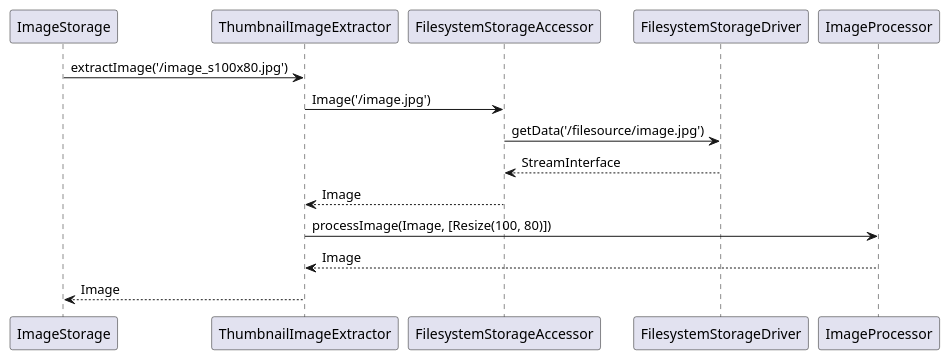
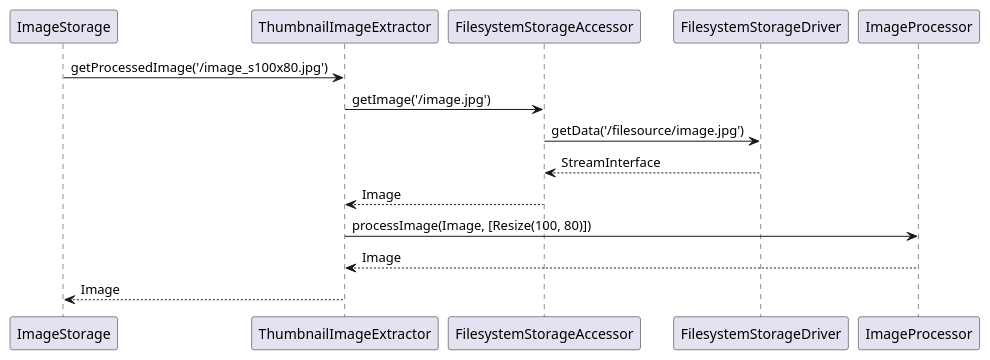
One commit to strider2038/image-cache changed the diagram in docs/uml/thumbnail-extractor-and-filesystem-storage.puml. Above: the diagram before and after it, drawn with PlantUML. The commit also changed 10 other files, not shown here.

Commit message:
ImageExtractor extractImage renamed to getProcessedImage

```diff
--- a/docs/uml/thumbnail-extractor-and-filesystem-storage.puml
+++ b/docs/uml/thumbnail-extractor-and-filesystem-storage.puml
@@ -1,12 +1,12 @@
 @startuml
 
-ImageStorage -> ThumbnailImageExtractor: extractImage('/image_s100x80.jpg')
-ThumbnailImageExtractor -> FilesystemStorageAccessor: Image('/image.jpg')
+ImageStorage -> ThumbnailImageExtractor: getProcessedImage('/image_s100x80.jpg')
+ThumbnailImageExtractor -> FilesystemStorageAccessor: getImage('/image.jpg')
 FilesystemStorageAccessor -> FilesystemStorageDriver: getData('/filesource/image.jpg')
 FilesystemStorageAccessor <-- FilesystemStorageDriver: StreamInterface
 ThumbnailImageExtractor <-- FilesystemStorageAccessor: Image
 ThumbnailImageExtractor -> ImageProcessor: processImage(Image, [Resize(100, 80)])
 ThumbnailImageExtractor <-- ImageProcessor: Image
 ImageStorage <-- ThumbnailImageExtractor: Image
 
 @enduml
```
